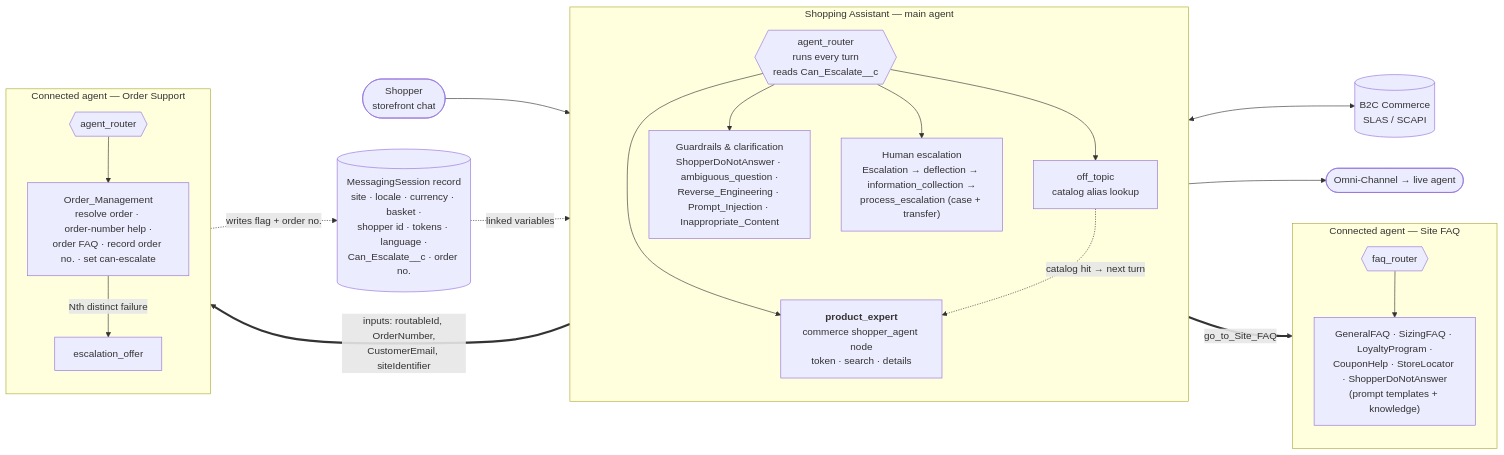
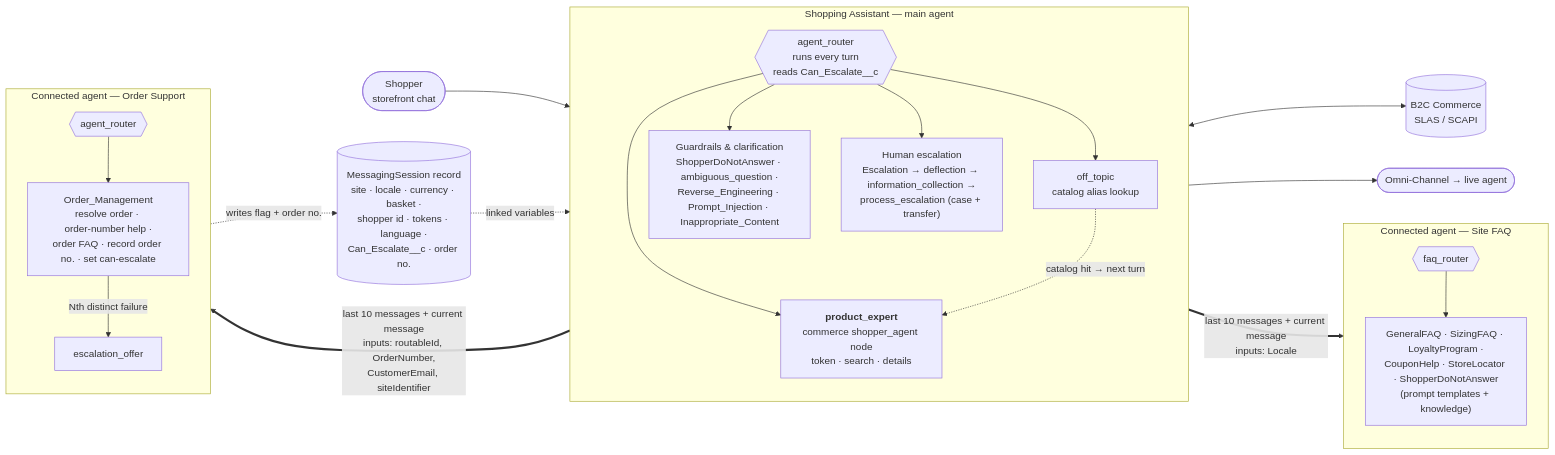
The first of 4 diagrams in Shopper_Agent_Connected_Subagent_Architecture.md (bhagathganga/shopper-agent-connected-subagents-architecture), drawn with Mermaid before and after one commit. The commit also changed other lines of this file and 1 other file, not shown here.

Commit message:
Add context passing: conversation history envelope, inputs how-to, A2A variables extension

````diff
--- a/Shopper_Agent_Connected_Subagent_Architecture.md
+++ b/Shopper_Agent_Connected_Subagent_Architecture.md
@@ -44,38 +44,38 @@
 ```mermaid
 flowchart LR
     C([Shopper<br/>storefront chat]) --> R
 
     subgraph MAIN["Shopping Assistant — main agent"]
         direction TB
         R{{"agent_router<br/>runs every turn<br/>reads Can_Escalate__c"}}
         PE["<b>product_expert</b><br/>commerce shopper_agent node<br/>token · search · details"]
         OT["off_topic<br/>catalog alias lookup"]
         G["Guardrails & clarification<br/>ShopperDoNotAnswer · ambiguous_question ·<br/>Reverse_Engineering · Prompt_Injection · Inappropriate_Content"]
         E["Human escalation<br/>Escalation → deflection → information_collection →<br/>process_escalation (case + transfer)"]
         R --> PE
         R --> OT
         OT -. "catalog hit → next turn" .-> PE
         R --> G
         R --> E
     end
 
     subgraph SUP["Connected agent — Order Support"]
         direction TB
         SR{{agent_router}} --> OM["Order_Management<br/>resolve order · order‑number help ·<br/>order FAQ · record order no. · set can‑escalate"]
         OM -->|"Nth distinct failure"| EO[escalation_offer]
     end
 
     subgraph FAQ["Connected agent — Site FAQ"]
         direction TB
         FR{{faq_router}} --> FQ["GeneralFAQ · SizingFAQ · LoyaltyProgram ·<br/>CouponHelp · StoreLocator · ShopperDoNotAnswer<br/>(prompt templates + knowledge)"]
     end
 
-    R == "inputs: routableId, OrderNumber,<br/>CustomerEmail, siteIdentifier" ==> SR
-    R == "go_to_Site_FAQ" ==> FR
+    R == "last 10 messages + current message<br/>inputs: routableId, OrderNumber,<br/>CustomerEmail, siteIdentifier" ==> SR
+    R == "last 10 messages + current message<br/>inputs: Locale" ==> FR
 
     MS[("MessagingSession record<br/>site · locale · currency · basket ·<br/>shopper id · tokens · language ·<br/>Can_Escalate__c · order no.")]
     MS -. linked variables .-> R
     OM -. "writes flag + order no." .-> MS
     PE <--> B2C[("B2C Commerce<br/>SLAS / SCAPI")]
     E --> OMNI([Omni‑Channel → live agent])
 ```
````
